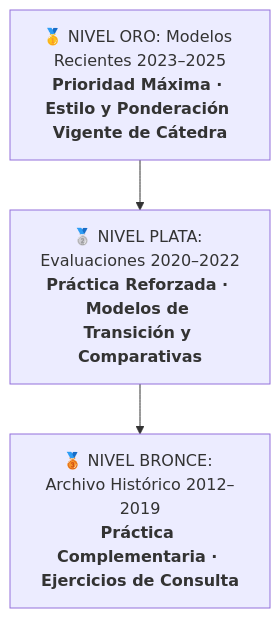
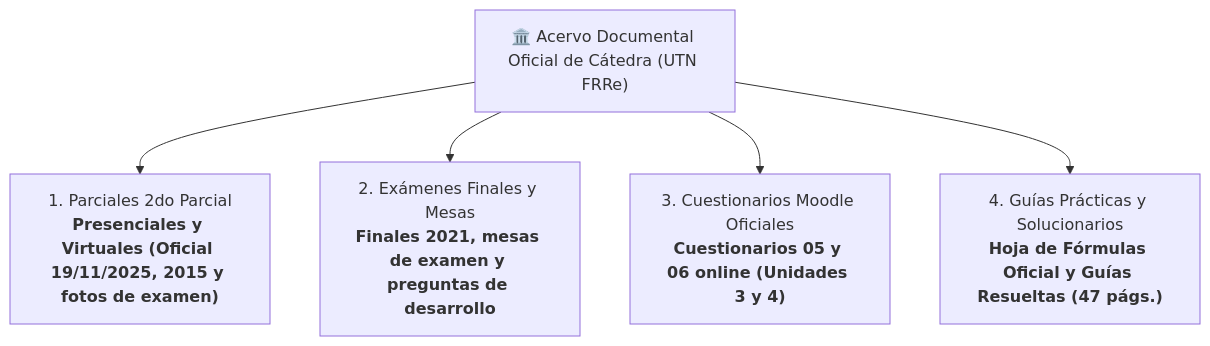
The first of 2 diagrams in README.md (FranDSchz/ia-segundo-parcial-utn-frre), drawn with Mermaid before and after one commit. The commit also changed other lines of this file and 12 other files, not shown here.

Commit message:
refactor: sanear clasificacion de anios, enriquecer banco a 59 preguntas y actualizar documentacion oficial

````diff
--- a/README.md
+++ b/README.md
@@ -52,8 +52,7 @@
 ```mermaid
 flowchart TD
-    G["🥇 NIVEL ORO: Modelos Recientes 2023–2025<br><b>Prioridad Máxima · Estilo y Ponderación Vigente de Cátedra</b>"]
-    S["🥈 NIVEL PLATA: Evaluaciones 2020–2022<br><b>Práctica Reforzada · Modelos de Transición y Comparativas</b>"]
-    B["🥉 NIVEL BRONCE: Archivo Histórico 2012–2019<br><b>Práctica Complementaria · Ejercicios de Consulta</b>"]
-    
-    G --> S --> B
+    A["🏛️ Acervo Documental Oficial de Cátedra (UTN FRRe)"] --> P1["1. Parciales 2do Parcial<br><b>Presenciales y Virtuales (Oficial 19/11/2025, 2015 y fotos de examen)</b>"]
+    A --> P2["2. Exámenes Finales y Mesas<br><b>Finales 2021, mesas de examen y preguntas de desarrollo</b>"]
+    A --> P3["3. Cuestionarios Moodle Oficiales<br><b>Cuestionarios 05 y 06 online (Unidades 3 y 4)</b>"]
+    A --> P4["4. Guías Prácticas y Solucionarios<br><b>Hoja de Fórmulas Oficial y Guías Resueltas (47 págs.)</b>"]
 ```
````
